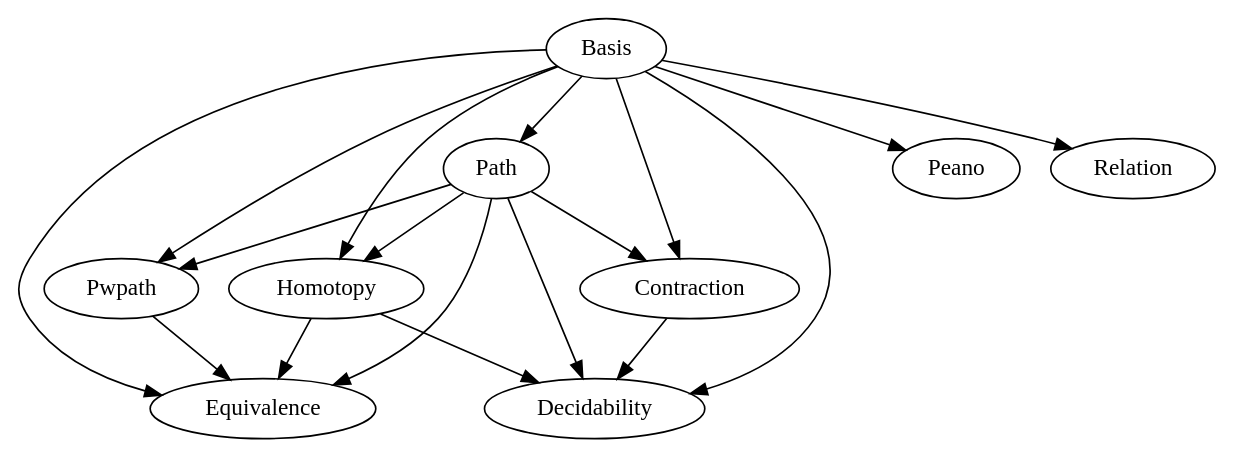
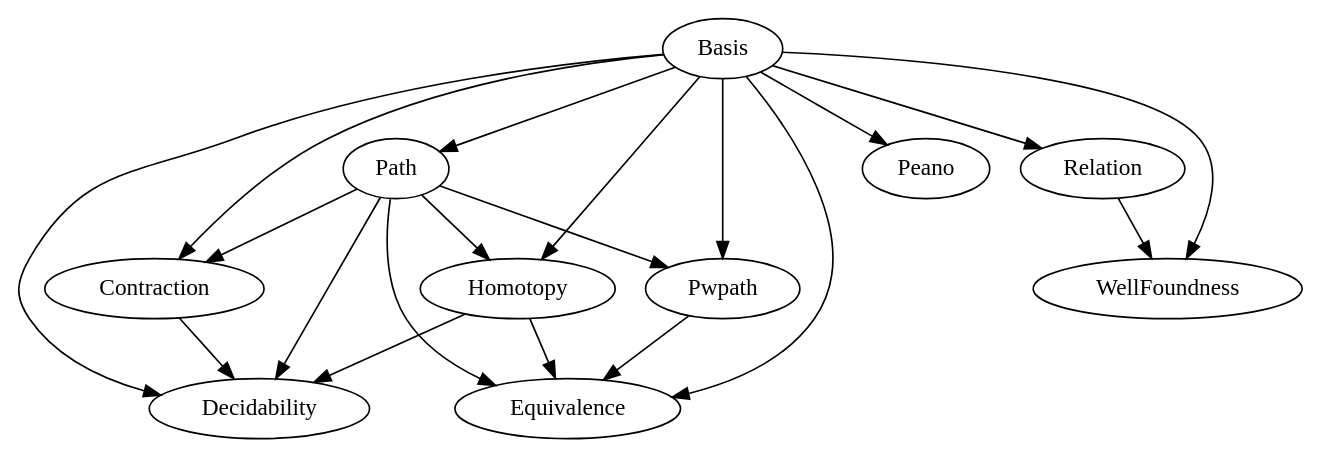
Before and after one commit to Hexirp/seityou: the diagram in seityou.gv, drawn with Graphviz. The commit also changed 2 other files, not shown here.

```diff
--- a/seityou.gv
+++ b/seityou.gv
@@ -1,28 +1,31 @@
 digraph deps {
 
   Basis -> Path;
 
   Path -> Homotopy;
   Basis -> Homotopy;
 
   Basis -> Pwpath;
   Path -> Pwpath;
 
   Basis -> Contraction;
   Path -> Contraction;
 
-  Basis -> Equivalence;
-  Path -> Equivalence;
-  Pwpath -> Equivalence;
-  Homotopy -> Equivalence;
-
   Basis -> Peano;
 
   Basis -> Decidability;
   Path -> Decidability;
   Homotopy -> Decidability;
   Contraction -> Decidability;
 
   Basis -> Relation;
 
+  Basis -> WellFoundness;
+  Relation -> WellFoundness;
+
+  Basis -> Equivalence;
+  Path -> Equivalence;
+  Pwpath -> Equivalence;
+  Homotopy -> Equivalence;
+
 }
```
